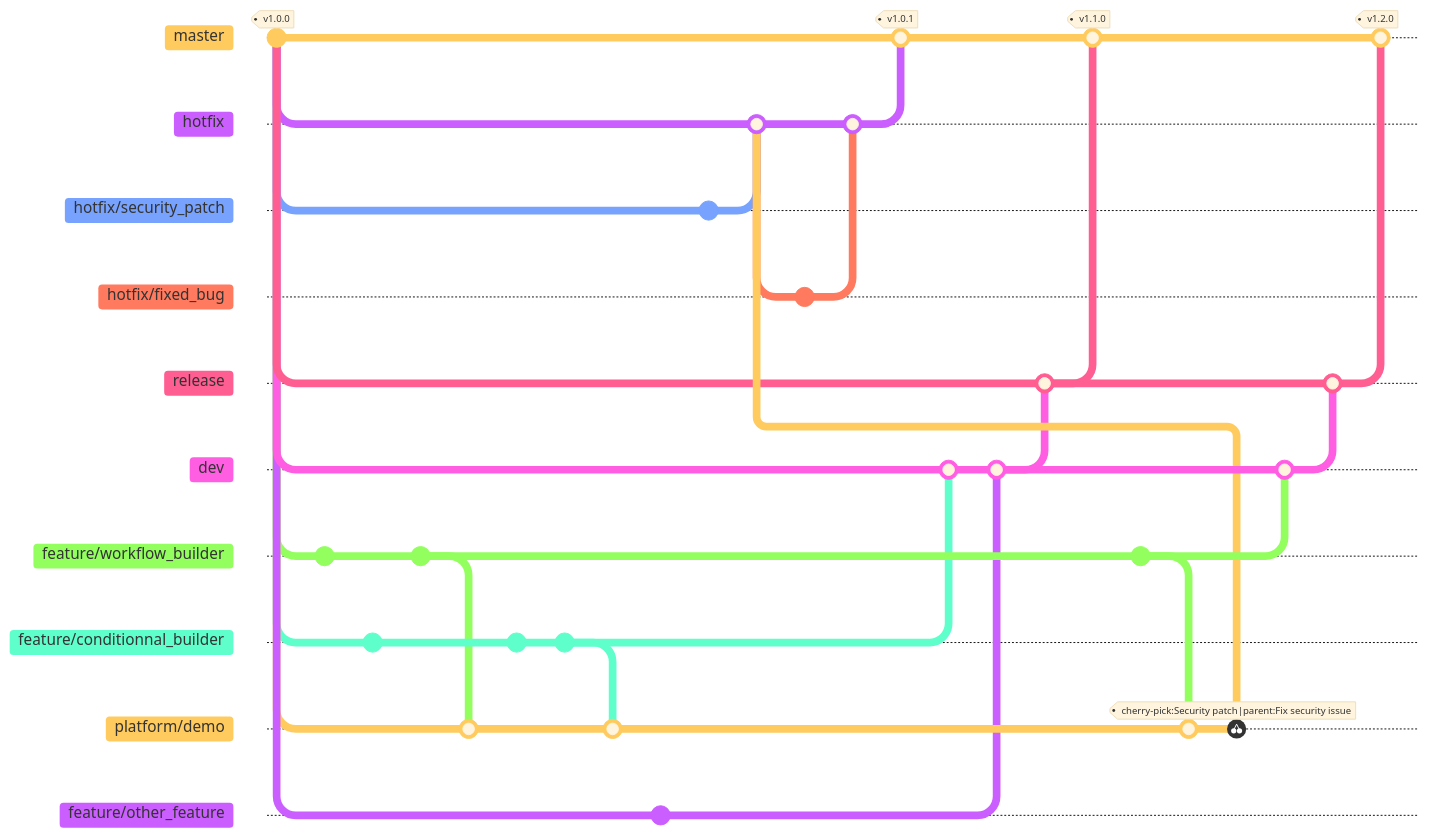
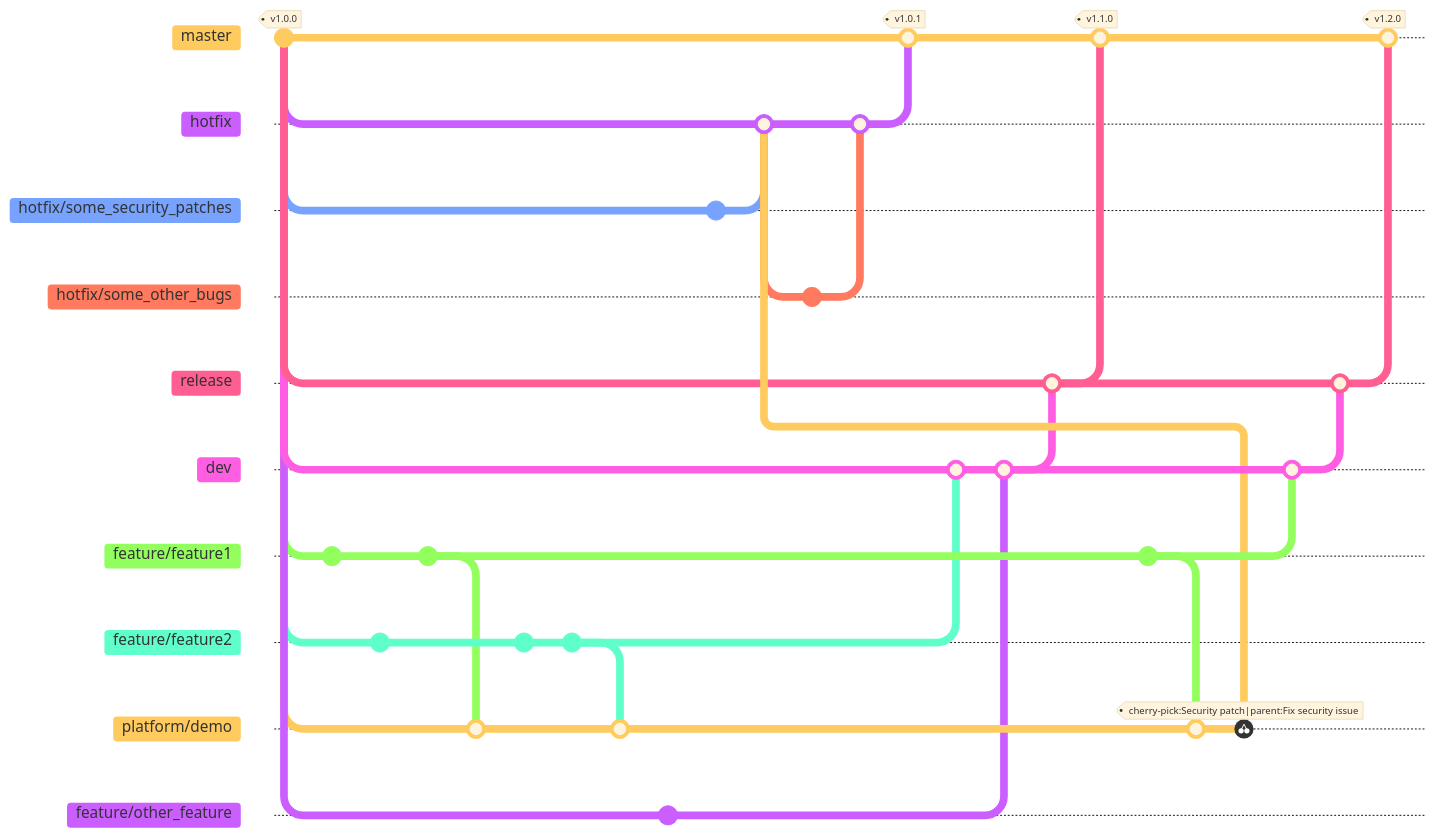
One commit to emundus/tchooz changed the diagram in media/com_emundus/gitflow.md. Above: the diagram before and after it, drawn with Mermaid. The commit also changed 2 other files, not shown here.

Commit message:
Update gitflow

````diff
--- a/media/com_emundus/gitflow.md
+++ b/media/com_emundus/gitflow.md
@@ -1,64 +1,64 @@
 ```mermaid
 %%{init: { 'logLevel': 'debug', 'theme': 'base', 'gitGraph': {'showBranches': true, 'showCommitLabel':false,'mainBranchName': 'master'}} }%% 
 gitGraph
         commit id: "Initial commit" tag: "v1.0.0"
         branch hotfix order: 1
         checkout hotfix
         branch release order: 3
         checkout master
         checkout release
         branch dev order: 4
         checkout dev
-        branch feature/workflow_builder order: 5
-        checkout feature/workflow_builder
+        branch feature/feature1 order: 5
+        checkout feature/feature1
         commit id: "Init workflow builder"
         checkout dev
-        branch feature/conditionnal_builder order: 6
+        branch feature/feature2 order: 6
         commit id: "Init other feature"
-        checkout feature/workflow_builder
+        checkout feature/feature1
         commit id: "Add workflow builder"
         checkout dev
         branch platform/demo order: 7
         checkout platform/demo
-        merge feature/workflow_builder
-        checkout feature/conditionnal_builder
+        merge feature/feature1
+        checkout feature/feature2
         commit id: "Add conditionnal builder"
         commit id: "Fix conditionnal builder"
         checkout platform/demo
-        merge feature/conditionnal_builder
+        merge feature/feature2
         checkout dev
         branch feature/other_feature order: 8
         checkout feature/other_feature
         commit id: "Add other feature"
         checkout hotfix
-        branch hotfix/security_patch order: 2
-        checkout hotfix/security_patch
+        branch hotfix/some_security_patches order: 2
+        checkout hotfix/some_security_patches
         commit id: "Fix security issue"
         checkout hotfix
-        merge hotfix/security_patch id: "Security patch"
-        branch hotfix/fixed_bug order: 2
-        checkout hotfix/fixed_bug
+        merge hotfix/some_security_patches id: "Security patch"
+        branch hotfix/some_other_bugs order: 2
+        checkout hotfix/some_other_bugs
         commit id: "Fix bug"
         checkout hotfix
-        merge hotfix/fixed_bug
+        merge hotfix/some_other_bugs
         checkout master
         merge hotfix id: "Release 1.0.1" tag: "v1.0.1"
         checkout dev
-        merge feature/conditionnal_builder
+        merge feature/feature2
         merge feature/other_feature
         checkout release
         merge dev
         checkout master
         merge release id: "Release 1.1.0" tag: "v1.1.0"
-        checkout feature/workflow_builder
+        checkout feature/feature1
         commit id: "Add new feature"
         checkout platform/demo
-        merge feature/workflow_builder
+        merge feature/feature1
         cherry-pick id:"Security patch" parent:"Fix security issue"
         checkout dev
-        merge feature/workflow_builder
+        merge feature/feature1
         checkout release
         merge dev
         checkout master
         merge release id: "Release 1.2.0" tag: "v1.2.0"
 ```
````
